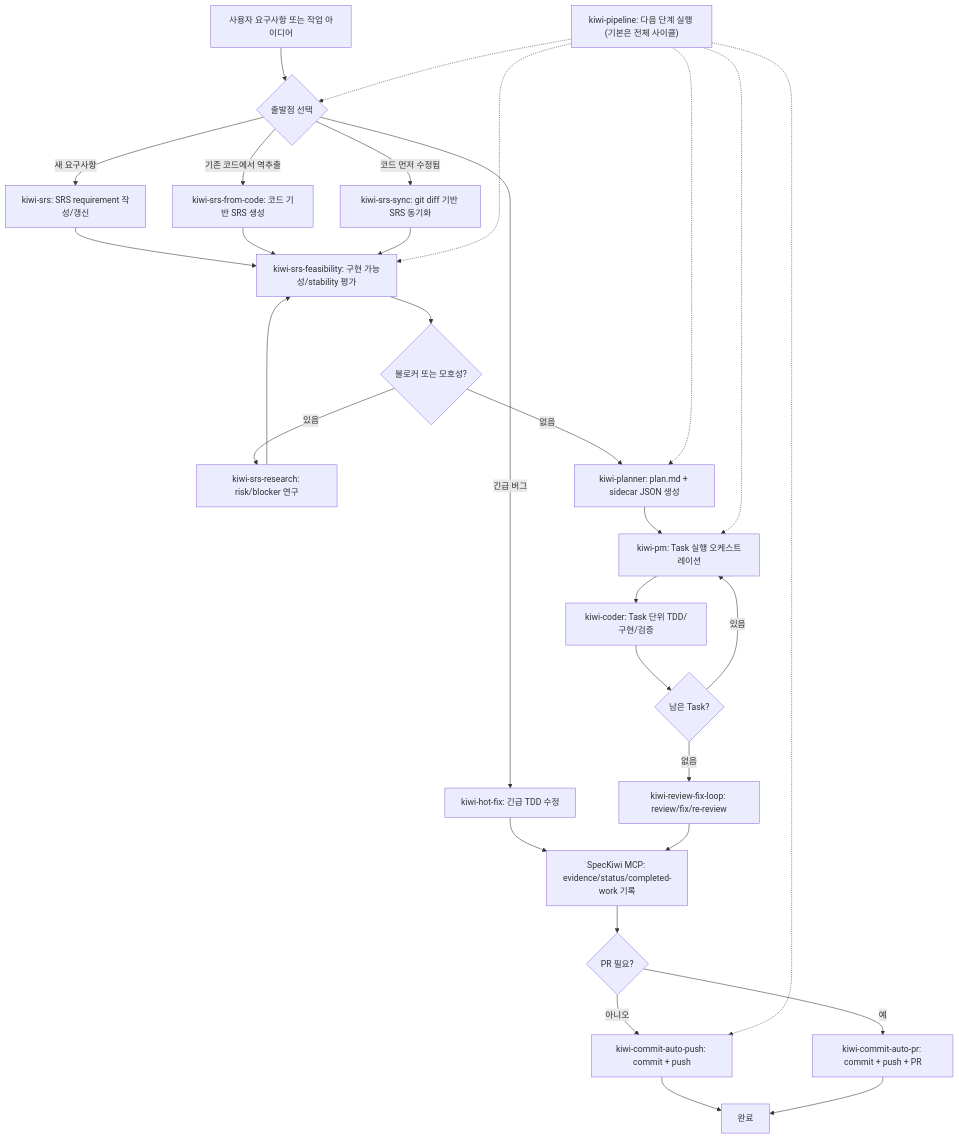
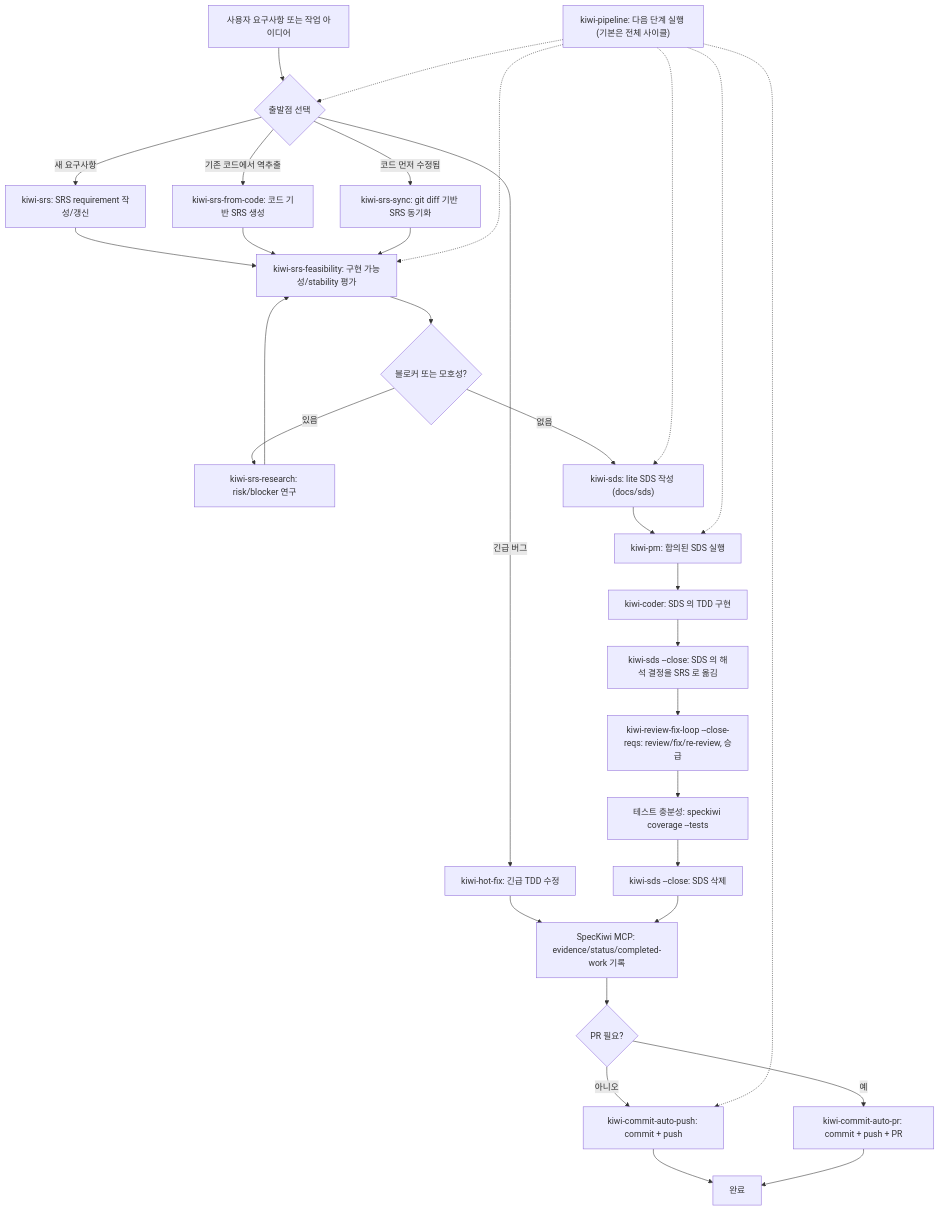
One commit to Snoworca/speckiwi changed the third of 4 diagrams in README.md. Above: the diagram before and after it, drawn with Mermaid. The commit also changed other lines of this file and 577 other files, not shown here.

````diff
--- a/README.md
+++ b/README.md
@@ -1087,36 +1092,37 @@
 ```mermaid
 flowchart TD
     A["사용자 요구사항 또는 작업 아이디어"] --> B{"출발점 선택"}
     B -->|새 요구사항| C["kiwi-srs: SRS requirement 작성/갱신"]
     B -->|기존 코드에서 역추출| D["kiwi-srs-from-code: 코드 기반 SRS 생성"]
     B -->|코드 먼저 수정됨| E["kiwi-srs-sync: git diff 기반 SRS 동기화"]
     B -->|긴급 버그| Q["kiwi-hot-fix: 긴급 TDD 수정"]
 
     C --> F["kiwi-srs-feasibility: 구현 가능성/stability 평가"]
     D --> F
     E --> F
     Q --> M
 
     F --> G{"블로커 또는 모호성?"}
     G -->|있음| H["kiwi-srs-research: risk/blocker 연구"]
     H --> F
-    G -->|없음| I["kiwi-planner: plan.md + sidecar JSON 생성"]
+    G -->|없음| I["kiwi-sds: lite SDS 작성 (docs/sds)"]
 
-    I --> J["kiwi-pm: Task 실행 오케스트레이션"]
-    J --> K["kiwi-coder: Task 단위 TDD/구현/검증"]
-    K --> L{"남은 Task?"}
-    L -->|있음| J
-    L -->|없음| R["kiwi-review-fix-loop: review/fix/re-review"]
-    R --> M["SpecKiwi MCP: evidence/status/completed-work 기록"]
+    I --> J["kiwi-pm: 합의된 SDS 실행"]
+    J --> K["kiwi-coder: SDS 의 TDD 구현"]
+    K --> X["kiwi-sds --close: SDS 의 해석 결정을 SRS 로 옮김"]
+    X --> R["kiwi-review-fix-loop --close-reqs: review/fix/re-review, 승급"]
+    R --> V["테스트 충분성: speckiwi coverage --tests"]
+    V --> Y["kiwi-sds --close: SDS 삭제"]
+    Y --> M["SpecKiwi MCP: evidence/status/completed-work 기록"]
     M --> S{"PR 필요?"}
     S -->|아니오| N["kiwi-commit-auto-push: commit + push"]
     S -->|예| T["kiwi-commit-auto-pr: commit + push + PR"]
     N --> O["완료"]
     T --> O
 
     P["kiwi-pipeline: 다음 단계 실행 (기본은 전체 사이클)"] -.-> B
     P -.-> F
     P -.-> I
     P -.-> J
     P -.-> N
 ```
````
